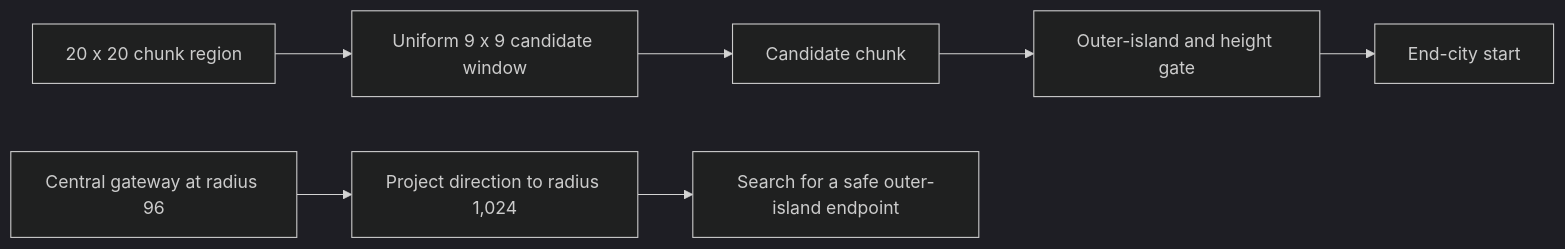
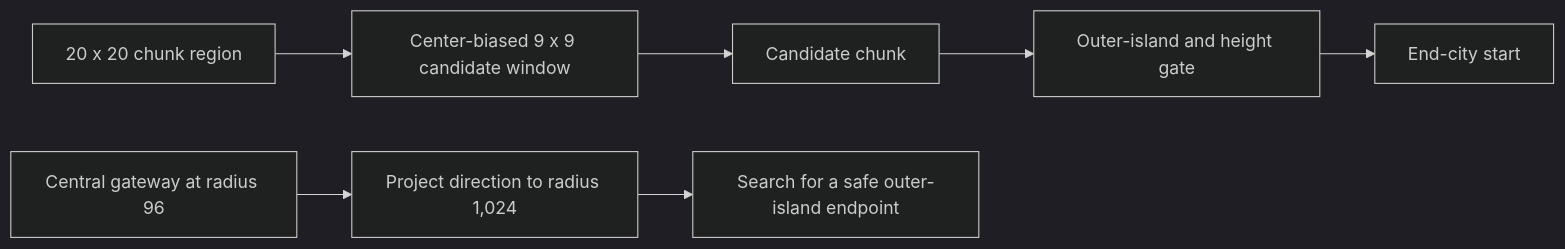
One commit to IsolatedSingularity/Minecraft-Generation changed the fourth of 7 diagrams in README.md. Above: the diagram before and after it, drawn with Mermaid (dark theme). The commit also changed other lines of this file and 26 other files, not shown here.

````diff
--- a/README.md
+++ b/README.md
@@ -330,9 +335,9 @@
 ```mermaid
 flowchart LR
-    A["20 x 20 chunk region"] --> B["Uniform 9 x 9 candidate window"]
+    A["20 x 20 chunk region"] --> B["Center-biased 9 x 9 candidate window"]
     B --> C["Candidate chunk"]
     C --> D["Outer-island and height gate"]
     D --> E["End-city start"]
     F["Central gateway at radius 96"] --> G["Project direction to radius 1,024"]
     G --> H["Search for a safe outer-island endpoint"]
 ```
````
